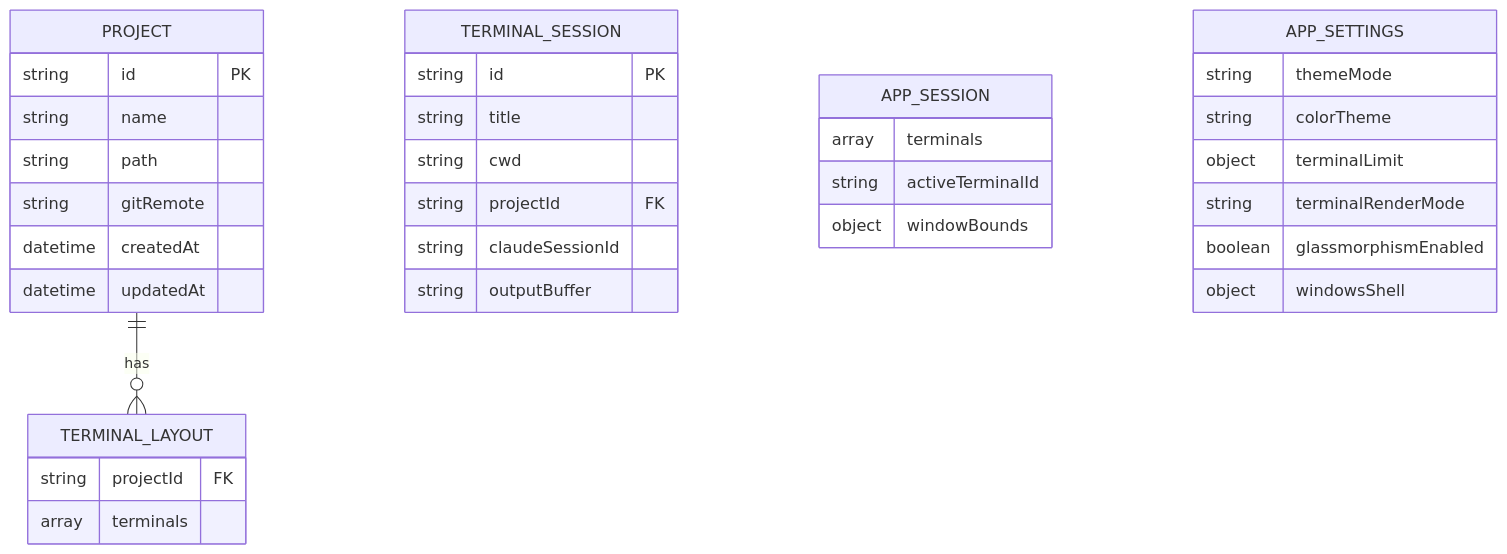
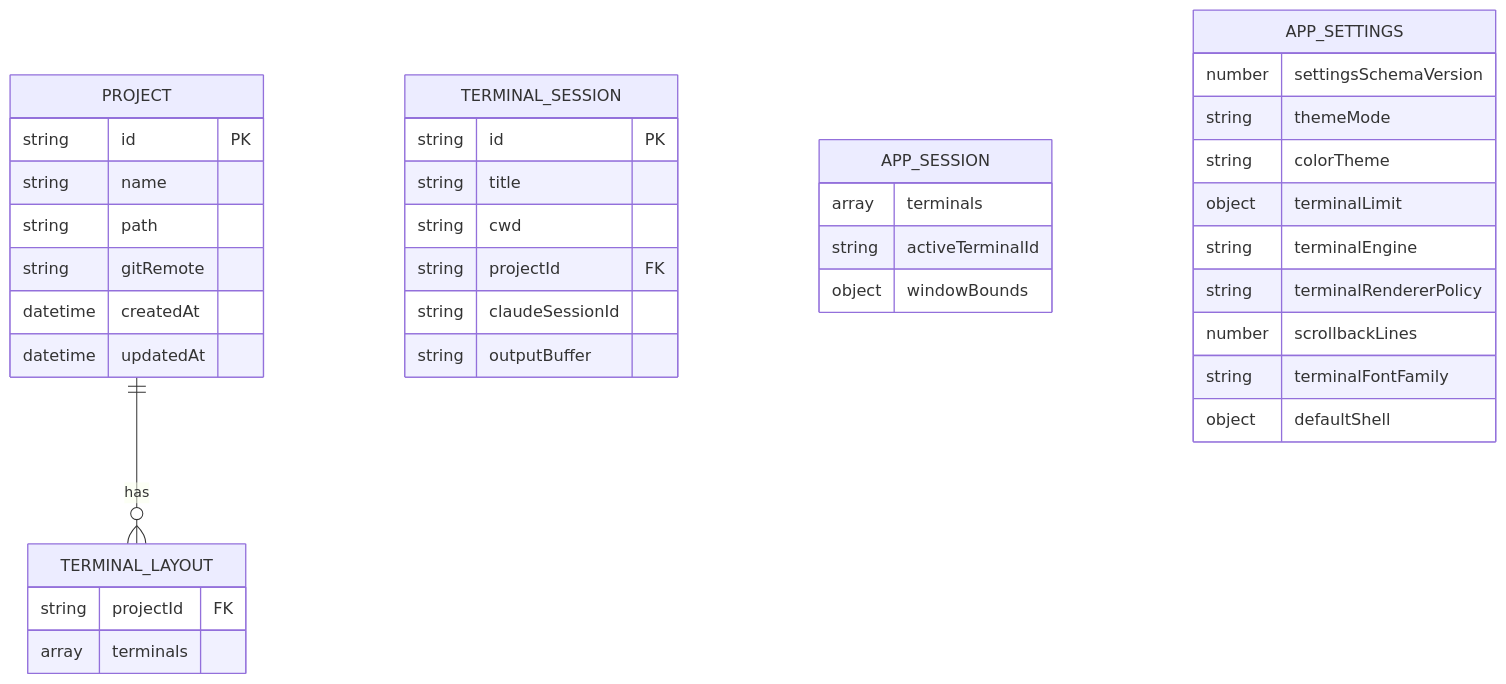
Before and after one commit to nguyennguyenit/MultiClaude: the diagram in docs/DB_DESIGN.md, drawn with Mermaid. The commit also changed other lines of this file and 54 other files, not shown here.

Commit message:
feat(terminal): add automatic renderer policy

````diff
--- a/docs/DB_DESIGN.md
+++ b/docs/DB_DESIGN.md
@@ -23,41 +23,44 @@
 ```mermaid
 erDiagram
     PROJECT ||--o{ TERMINAL_LAYOUT : "has"
     PROJECT {
         string id PK
         string name
         string path
         string gitRemote
         datetime createdAt
         datetime updatedAt
     }
 
     TERMINAL_LAYOUT {
         string projectId FK
         array terminals
     }
 
     TERMINAL_SESSION {
         string id PK
         string title
         string cwd
         string projectId FK
         string claudeSessionId
         string outputBuffer
     }
 
     APP_SESSION {
         array terminals
         string activeTerminalId
         object windowBounds
     }
 
     APP_SETTINGS {
+        number settingsSchemaVersion
         string themeMode
         string colorTheme
         object terminalLimit
-        string terminalRenderMode
-        boolean glassmorphismEnabled
-        object windowsShell
+        string terminalEngine
+        string terminalRendererPolicy
+        number scrollbackLines
+        string terminalFontFamily
+        object defaultShell
     }
 ```
````
